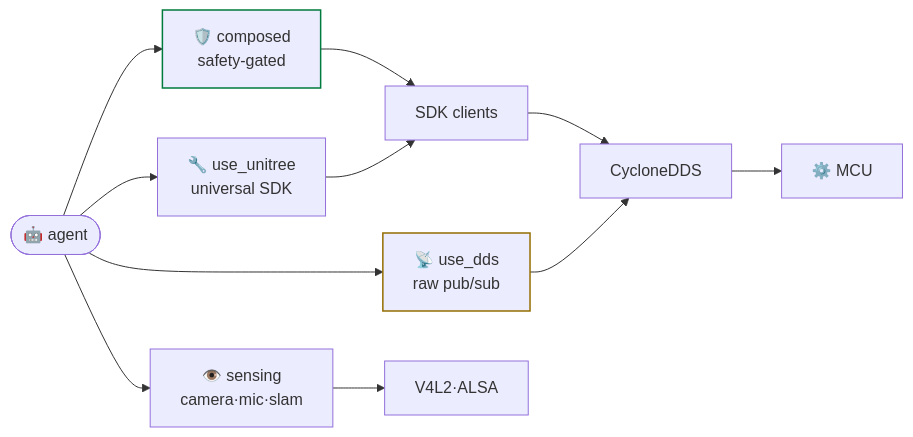
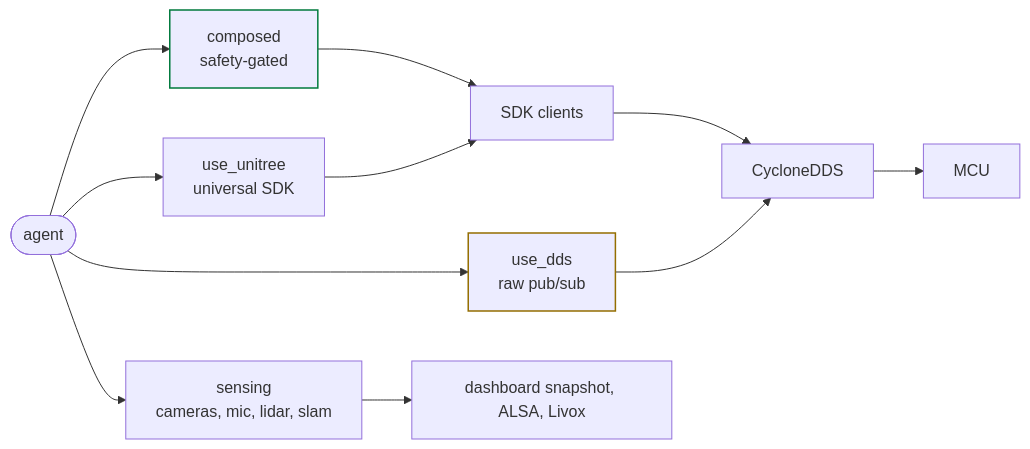
One commit to cagataycali/neon-the-g1 changed the second of 3 diagrams in docs/guide/architecture.md. Above: the diagram before and after it, drawn with Mermaid. The commit also changed other lines of this file and 5 other files, not shown here.

````diff
--- a/docs/guide/architecture.md
+++ b/docs/guide/architecture.md
@@ -46,16 +45,16 @@
 ```mermaid
 flowchart LR
-  A(["🤖 agent"]) --> C["🛡️ composed<br/>safety-gated"]
-  A --> U["🔧 use_unitree<br/>universal SDK"]
-  A --> D["📡 use_dds<br/>raw pub/sub"]
-  A --> S["👁️ sensing<br/>camera·mic·slam"]
+  A(["agent"]) --> C["composed<br/>safety-gated"]
+  A --> U["use_unitree<br/>universal SDK"]
+  A --> D["use_dds<br/>raw pub/sub"]
+  A --> S["sensing<br/>cameras, mic, lidar, slam"]
   C --> SDK["SDK clients"] --> DDS["CycloneDDS"]
   U --> SDK
   D --> DDS
-  DDS --> MCU["⚙️ MCU"]
-  S --> V["V4L2·ALSA"]
+  DDS --> MCU["MCU"]
+  S --> V["dashboard snapshot, ALSA, Livox"]
   classDef safe stroke:#007a3d,stroke-width:1.5px
   classDef raw stroke:#946e00,stroke-width:1.5px
   class C safe
   class D raw
 ```
````
